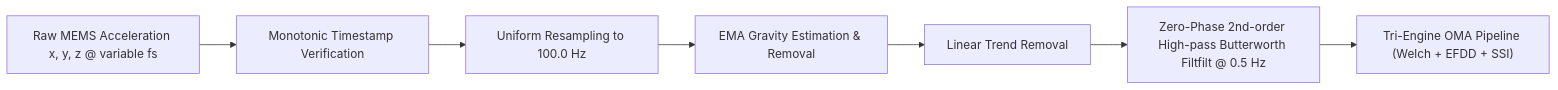
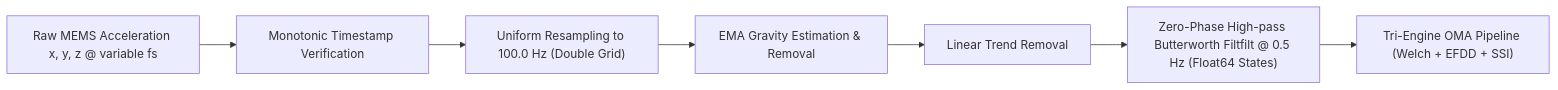
The first of 2 diagrams in docs/DSP_AND_MODAL_ANALYSIS.md (intellibits28/PhoneSHM), drawn with Mermaid before and after one commit. The commit also changed other lines of this file and 5 other files, not shown here.

Commit message:
docs: realign DSP, architecture, and README with 64-bit IIR states, 2x2 EFDD, segment gating, and sensor threading

````diff
--- a/docs/DSP_AND_MODAL_ANALYSIS.md
+++ b/docs/DSP_AND_MODAL_ANALYSIS.md
@@ -19,9 +19,9 @@
 ```mermaid
 flowchart LR
-    Raw[Raw MEMS Acceleration x, y, z @ variable fs] --> Monotonic[Monotonic Timestamp Verification]
-    Monotonic --> Resample[Uniform Resampling to 100.0 Hz]
+    Raw["Raw MEMS Acceleration x, y, z @ variable fs"] --> Monotonic[Monotonic Timestamp Verification]
+    Monotonic --> Resample["Uniform Resampling to 100.0 Hz (Double Grid)"]
     Resample --> EMA[EMA Gravity Estimation & Removal]
     EMA --> Detrend[Linear Trend Removal]
-    Detrend --> FiltFilt[Zero-Phase 2nd-order High-pass Butterworth Filtfilt @ 0.5 Hz]
+    Detrend --> FiltFilt["Zero-Phase High-pass Butterworth Filtfilt @ 0.5 Hz (Float64 States)"]
     FiltFilt --> TriEngine["Tri-Engine OMA Pipeline (Welch + EFDD + SSI)"]
 ```
````
